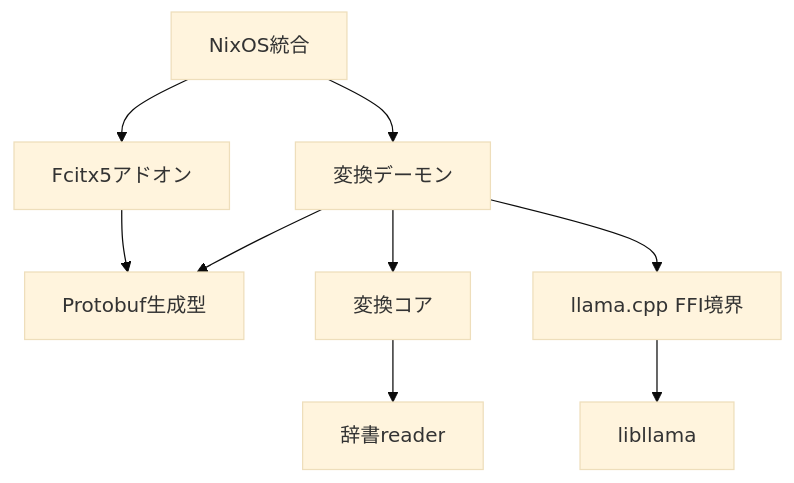
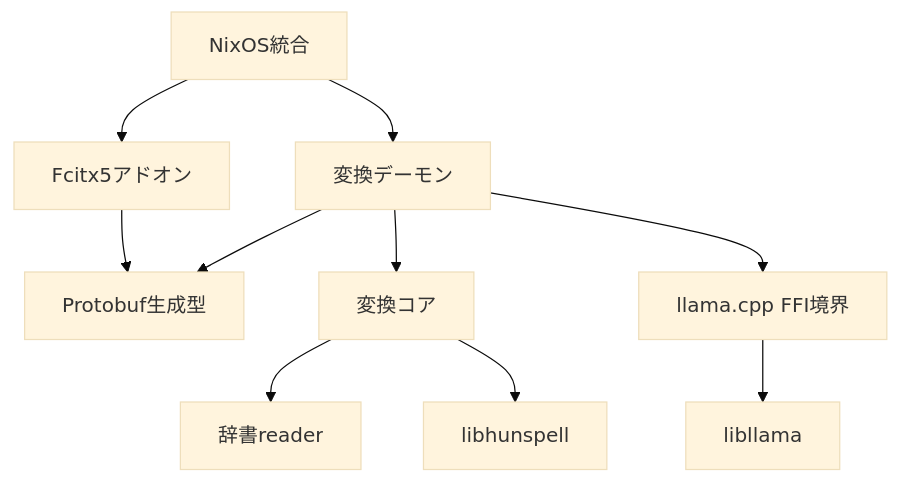
Before and after one commit to ph0ryn/beankey: the third of 3 diagrams in docs/architecture.md, drawn with Mermaid (base theme). The commit also changed other lines of this file and 10 other files, not shown here.

````diff
--- a/docs/architecture.md
+++ b/docs/architecture.md
@@ -295,11 +303,12 @@
 ```mermaid
 flowchart TD
     nix["NixOS統合"] --> addon["Fcitx5アドオン"]
     nix --> daemon["変換デーモン"]
     addon --> protocol["Protobuf生成型"]
     daemon --> protocol
     daemon --> core["変換コア"]
     daemon --> llama["llama.cpp FFI境界"]
     core --> dictionary["辞書reader"]
+    core --> hunspell["libhunspell"]
     llama --> libllama["libllama"]
 ```
````
